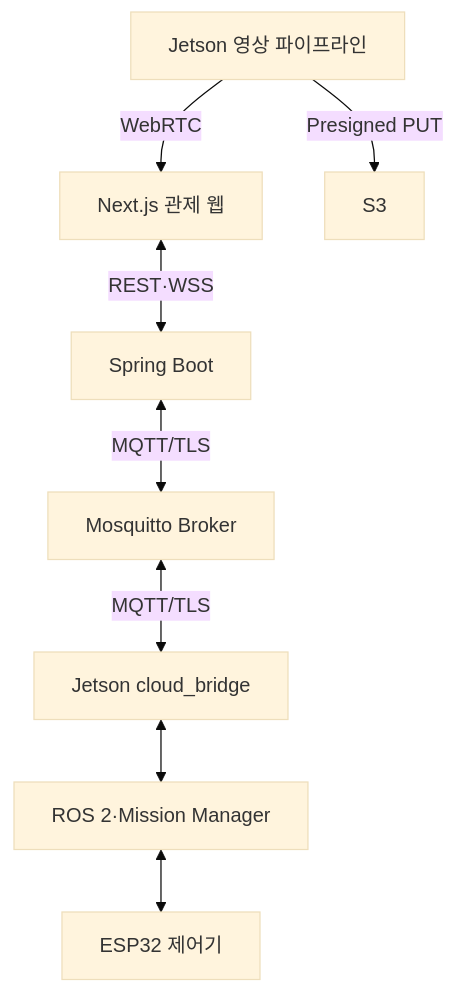
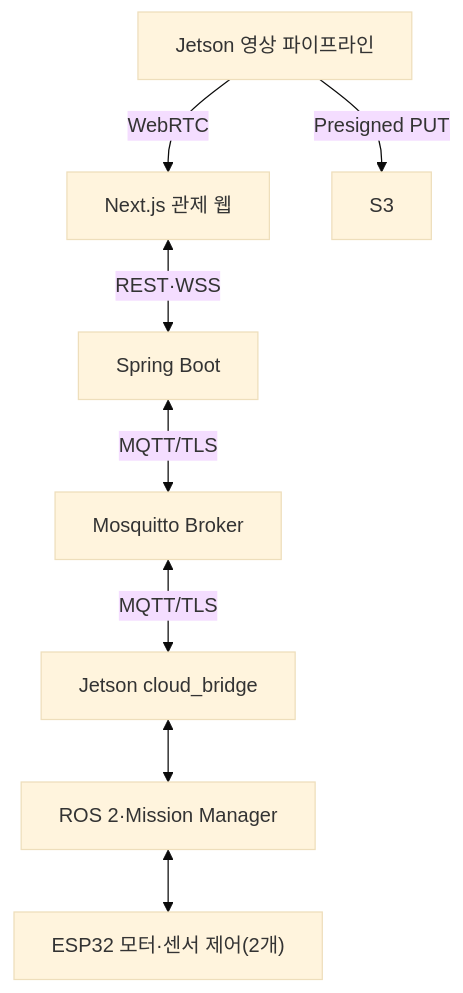
One commit to Common-AIOT/Sentinel-UGV changed the second of 5 diagrams in docs/05-통신-서버-영상.md. Above: the diagram before and after it, drawn with Mermaid (base theme). The commit also changed other lines of this file and 7 other files, not shown here.

````diff
--- a/docs/05-통신-서버-영상.md
+++ b/docs/05-통신-서버-영상.md
@@ -429,10 +429,10 @@
 ```mermaid
 flowchart TD
     browser["Next.js 관제 웹"] <-->|"REST·WSS"| spring["Spring Boot"]
     spring <-->|"MQTT/TLS"| broker["Mosquitto Broker"]
     broker <-->|"MQTT/TLS"| bridge["Jetson cloud_bridge"]
     bridge <--> ros["ROS 2·Mission Manager"]
-    ros <--> mcu["ESP32 제어기"]
+    ros <--> mcu["ESP32 모터·센서 제어(2개)"]
     jetson["Jetson 영상 파이프라인"] -->|"WebRTC"| browser
     jetson -->|"Presigned PUT"| s3["S3"]
 ```
````
